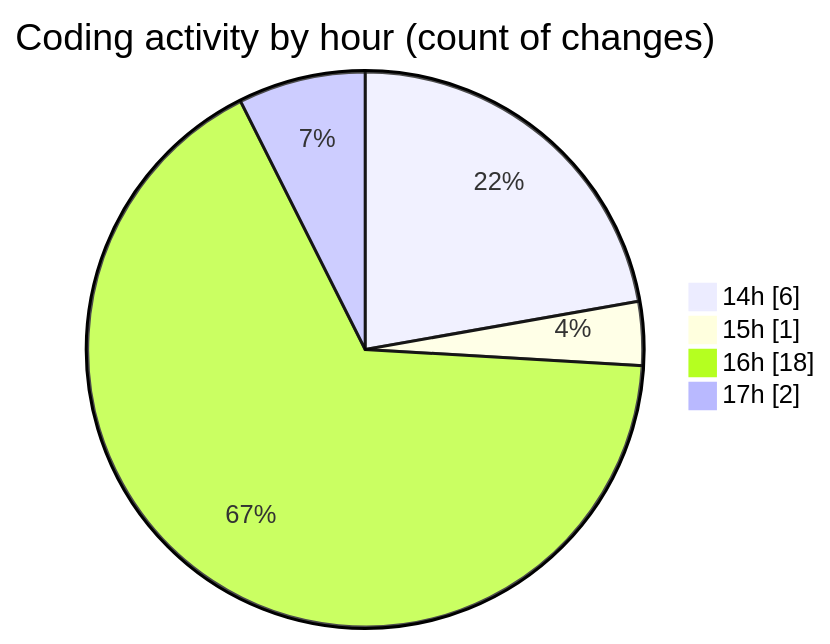
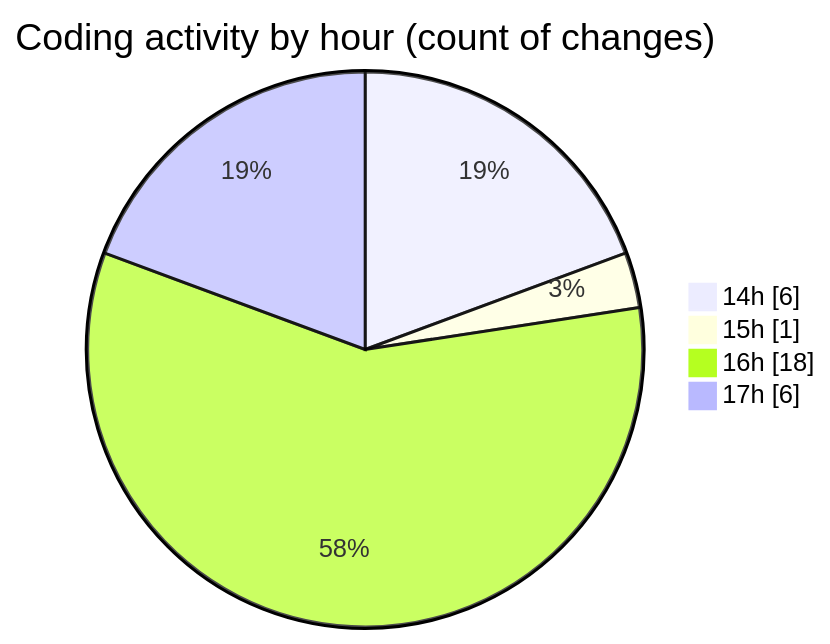
The second of 2 diagrams in 2025-10-07/untitled__workspace_/README.md (debugP/code-tracking), drawn with Mermaid before and after one commit. The commit also changed other lines of this file and 1 other file, not shown here.

````diff
--- a/2025-10-07/untitled__workspace_/README.md
+++ b/2025-10-07/untitled__workspace_/README.md
@@ -29,8 +30,8 @@
 ```mermaid
 pie showData
 title Coding activity by hour (count of changes)
 "14h" : 6
 "15h" : 1
 "16h" : 18
-"17h" : 2
+"17h" : 6
 ```
````
